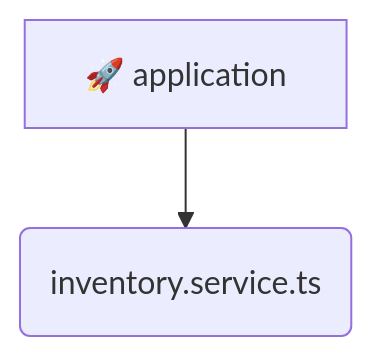
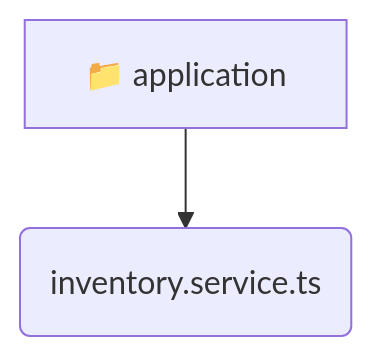
The diagram in backend/src/modules/inventory/application/README.md (beginwebdev2002/fullstack-mavluda), drawn with Mermaid before and after one commit. The commit also changed other lines of this file and 155 other files, not shown here.

````diff
--- a/backend/src/modules/inventory/application/README.md
+++ b/backend/src/modules/inventory/application/README.md
@@ -9,5 +9,5 @@
 ```mermaid
 graph TD
-  application[🚀 application]
-  application --> inventory_service_ts(inventory.service.ts)
+  application[📁 application]
+  application --> application_inventory_service_ts(inventory.service.ts)
 ```
````
